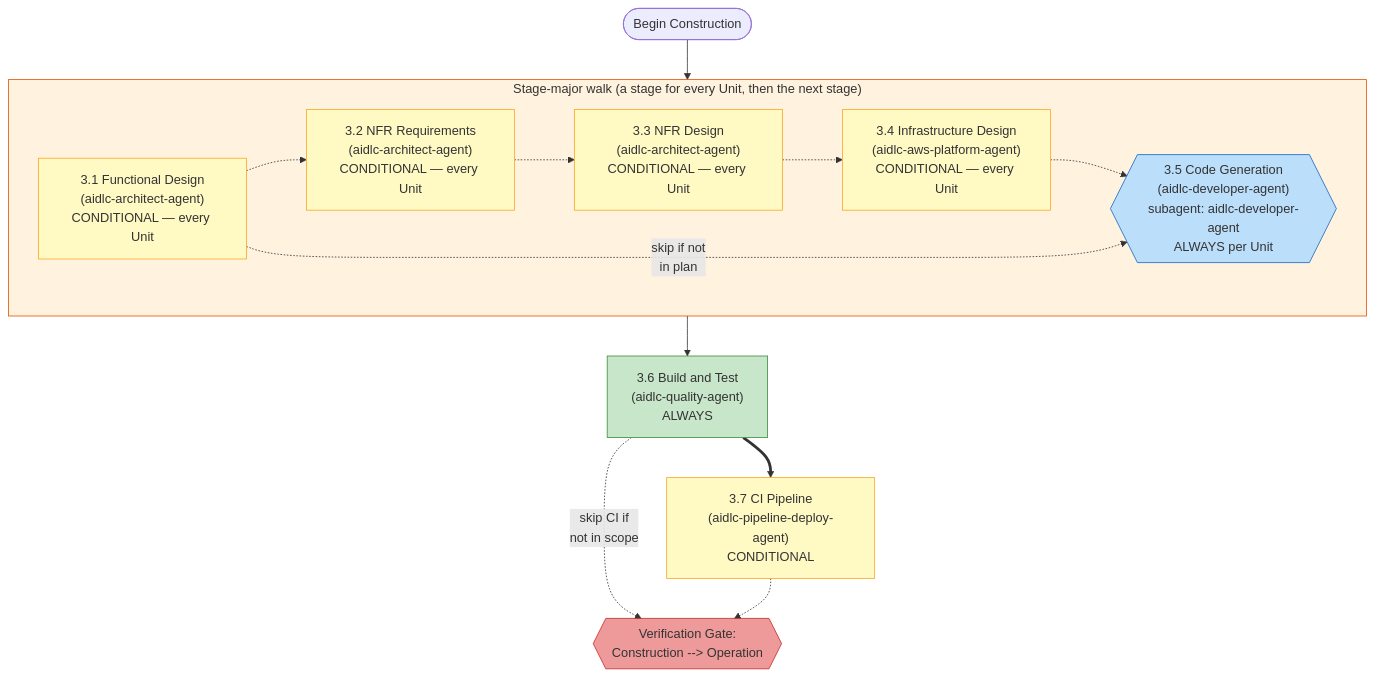
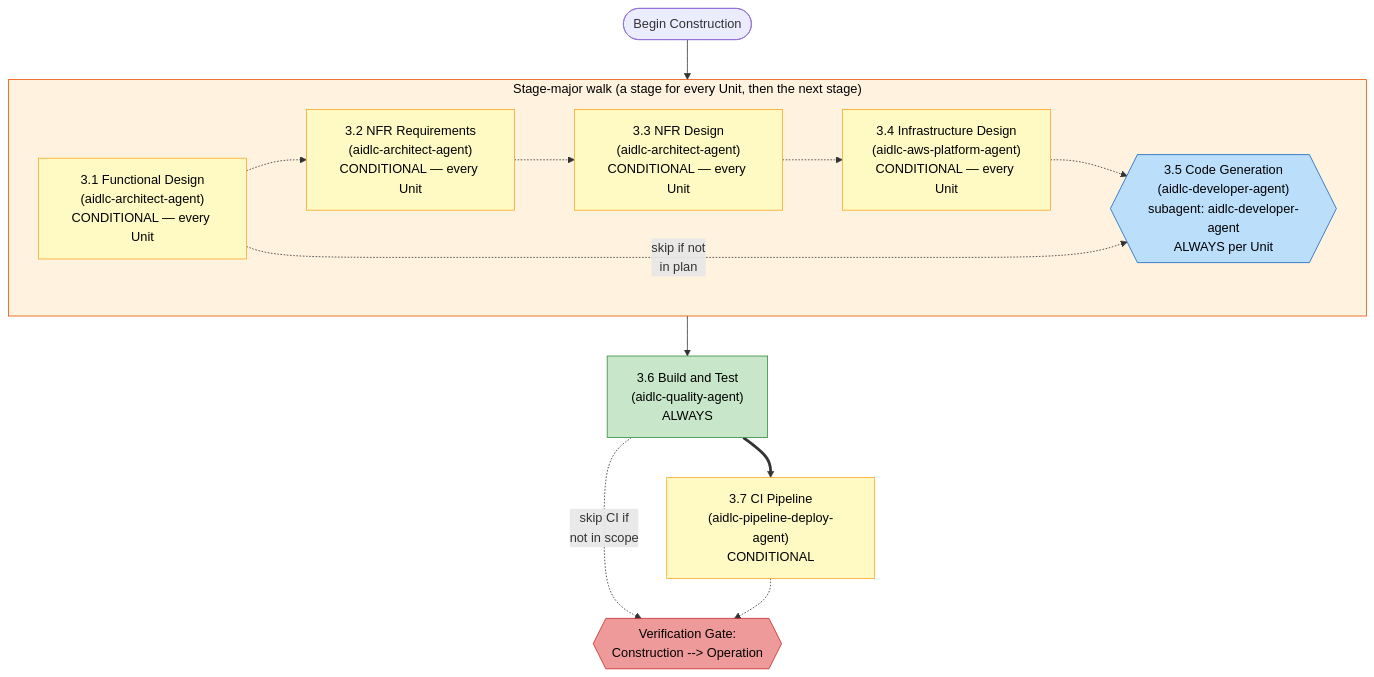
One commit to otomatty/aidlc-guide changed the fourth of 12 diagrams in docs/reference/en/diagrams.md. Above: the diagram before and after it, drawn with Mermaid. The commit also changed other lines of this file and 321 other files, not shown here.

````diff
--- a/docs/reference/en/diagrams.md
+++ b/docs/reference/en/diagrams.md
@@ -170,39 +170,39 @@
 ```mermaid
 flowchart TD
     START(["Begin Construction"])
 
     subgraph PER_STAGE["Stage-major walk (a stage for every Unit, then the next stage)"]
         S31["3.1 Functional Design\n(aidlc-architect-agent)\nCONDITIONAL — every Unit"]
         S32["3.2 NFR Requirements\n(aidlc-architect-agent)\nCONDITIONAL — every Unit"]
         S33["3.3 NFR Design\n(aidlc-architect-agent)\nCONDITIONAL — every Unit"]
         S34["3.4 Infrastructure Design\n(aidlc-aws-platform-agent)\nCONDITIONAL — every Unit"]
         S35{{"3.5 Code Generation\n(aidlc-developer-agent)\nsubagent: aidlc-developer-agent\nALWAYS per Unit"}}
 
         S31 -.-> S32
         S32 -.-> S33
         S33 -.-> S34
         S34 -.-> S35
         S31 -.->|"skip if not\nin plan"| S35
     end
 
     START --> PER_STAGE
     PER_STAGE --> S36
 
     S36["3.6 Build and Test\n(aidlc-quality-agent)\nALWAYS"]
     S37["3.7 CI Pipeline\n(aidlc-pipeline-deploy-agent)\nCONDITIONAL"]
     VG3{{"Verification Gate:\nConstruction --> Operation"}}
 
     S36 ==> S37
     S36 -.->|"skip CI if\nnot in scope"| VG3
     S37 -.-> VG3
 
-    style PER_STAGE fill:#fff3e0,stroke:#e65100
-    style S35 fill:#bbdefb,stroke:#1565c0
-    style S31 fill:#fff9c4,stroke:#f9a825
-    style S32 fill:#fff9c4,stroke:#f9a825
-    style S33 fill:#fff9c4,stroke:#f9a825
-    style S34 fill:#fff9c4,stroke:#f9a825
-    style S36 fill:#c8e6c9,stroke:#388e3c
-    style S37 fill:#fff9c4,stroke:#f9a825
-    style VG3 fill:#ef9a9a,stroke:#c62828
+    style PER_STAGE fill:#fff3e0,stroke:#e65100,color:#000
+    style S35 fill:#bbdefb,stroke:#1565c0,color:#000
+    style S31 fill:#fff9c4,stroke:#f9a825,color:#000
+    style S32 fill:#fff9c4,stroke:#f9a825,color:#000
+    style S33 fill:#fff9c4,stroke:#f9a825,color:#000
+    style S34 fill:#fff9c4,stroke:#f9a825,color:#000
+    style S36 fill:#c8e6c9,stroke:#388e3c,color:#000
+    style S37 fill:#fff9c4,stroke:#f9a825,color:#000
+    style VG3 fill:#ef9a9a,stroke:#c62828,color:#000
 ```
````
